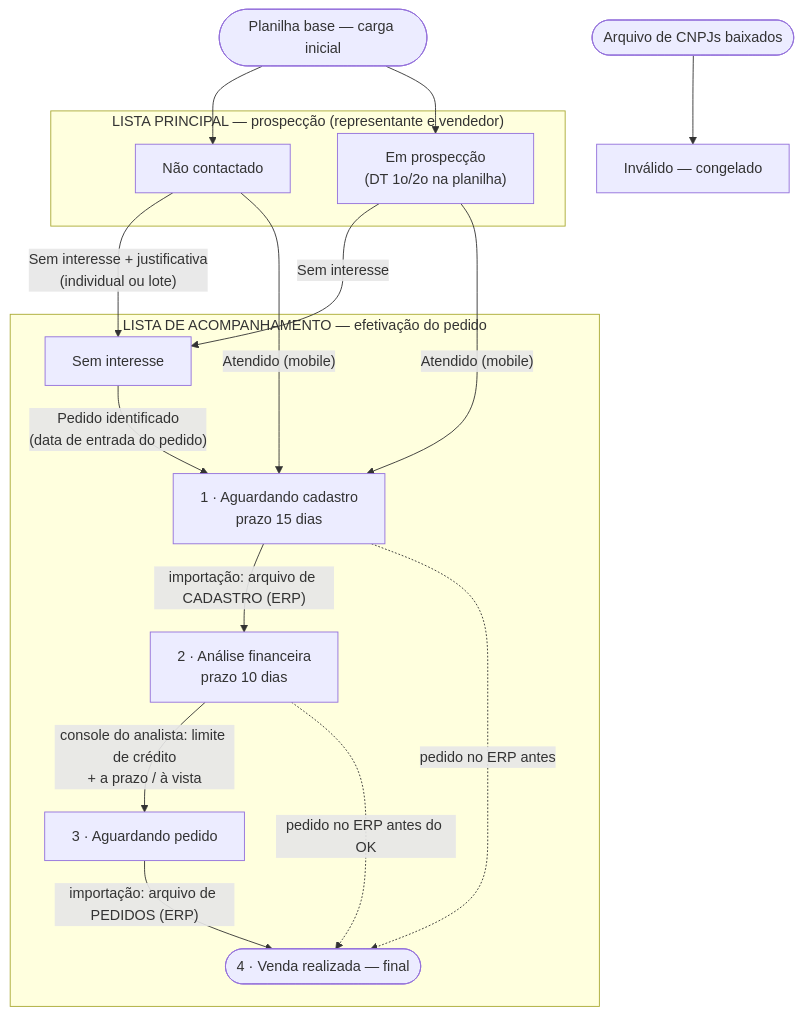
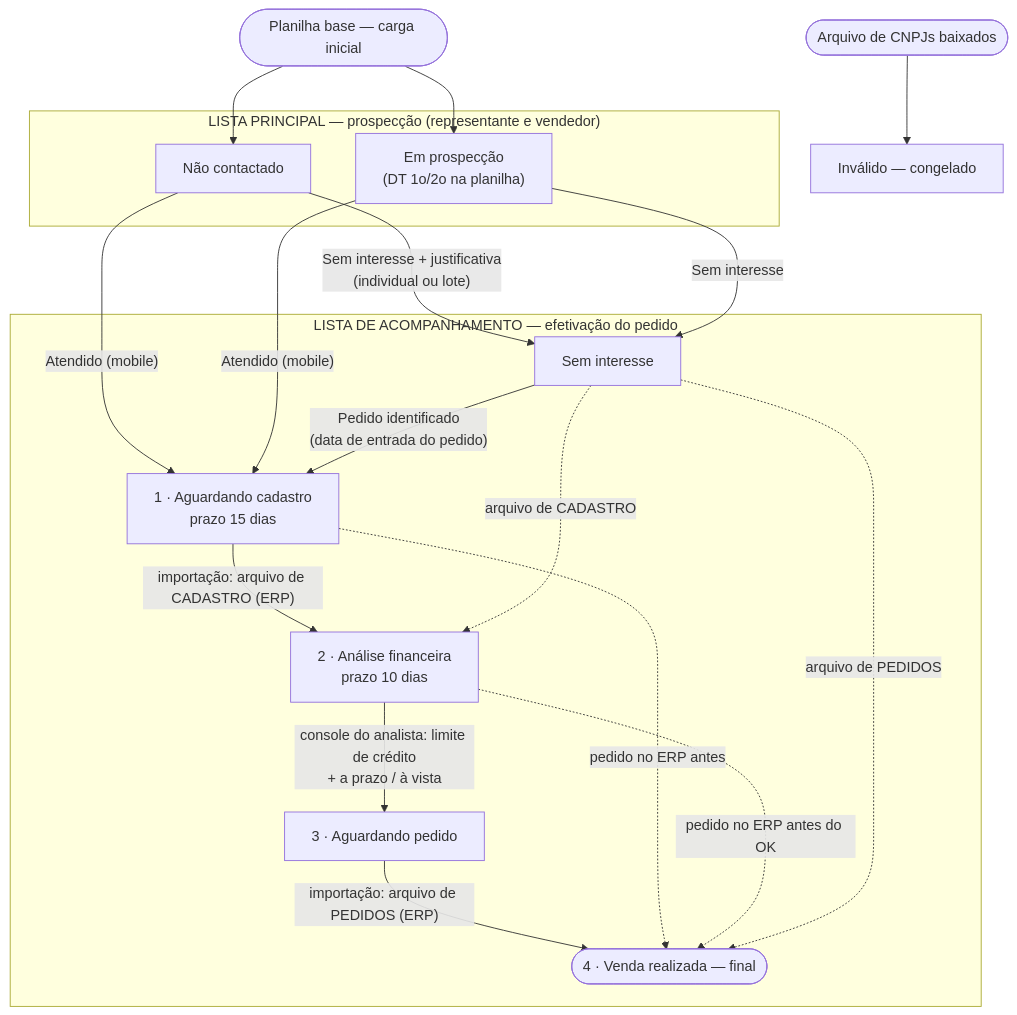
Before and after one commit to EquipeGF2/Germani_Prospect: the diagram in docs/08-fluxo-processo.md, drawn with Mermaid. The commit also changed other lines of this file and 6 other files, not shown here.

````diff
--- a/docs/08-fluxo-processo.md
+++ b/docs/08-fluxo-processo.md
@@ -6,27 +6,29 @@
 ```mermaid
 flowchart TD
     BASE([Planilha base — carga inicial]) --> NC[Não contactado]
     BASE --> EP["Em prospecção<br/>(DT 1o/2o na planilha)"]
     subgraph LP [" LISTA PRINCIPAL — prospecção (representante e vendedor) "]
         NC
         EP
     end
     NC -- "Sem interesse + justificativa<br/>(individual ou lote)" --> SI[Sem interesse]
     EP -- "Sem interesse" --> SI
     NC -- "Atendido (mobile)" --> AC
     EP -- "Atendido (mobile)" --> AC
     subgraph ACOMP [" LISTA DE ACOMPANHAMENTO — efetivação do pedido "]
         AC["1 · Aguardando cadastro<br/>prazo 15 dias"]
         AF["2 · Análise financeira<br/>prazo 10 dias"]
         AP["3 · Aguardando pedido"]
         VR(["4 · Venda realizada — final"])
         SI
     end
     AC -- "importação: arquivo de CADASTRO (ERP)" --> AF
     AF -- "console do analista: limite de crédito<br/>+ a prazo / à vista" --> AP
     AP -- "importação: arquivo de PEDIDOS (ERP)" --> VR
     AC -. "pedido no ERP antes" .-> VR
     AF -. "pedido no ERP antes do OK" .-> VR
     SI -- "Pedido identificado<br/>(data de entrada do pedido)" --> AC
+    SI -. "arquivo de CADASTRO" .-> AF
+    SI -. "arquivo de PEDIDOS" .-> VR
     BX([Arquivo de CNPJs baixados]) --> INV[Inválido — congelado]
 ```
````
